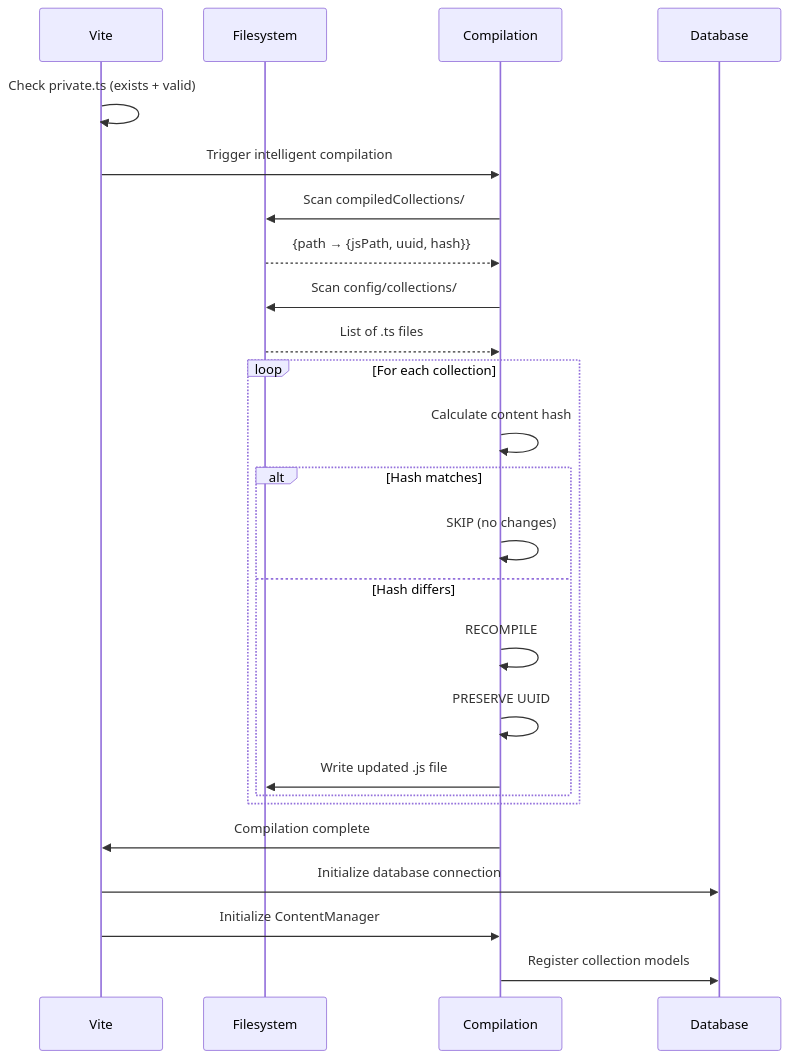
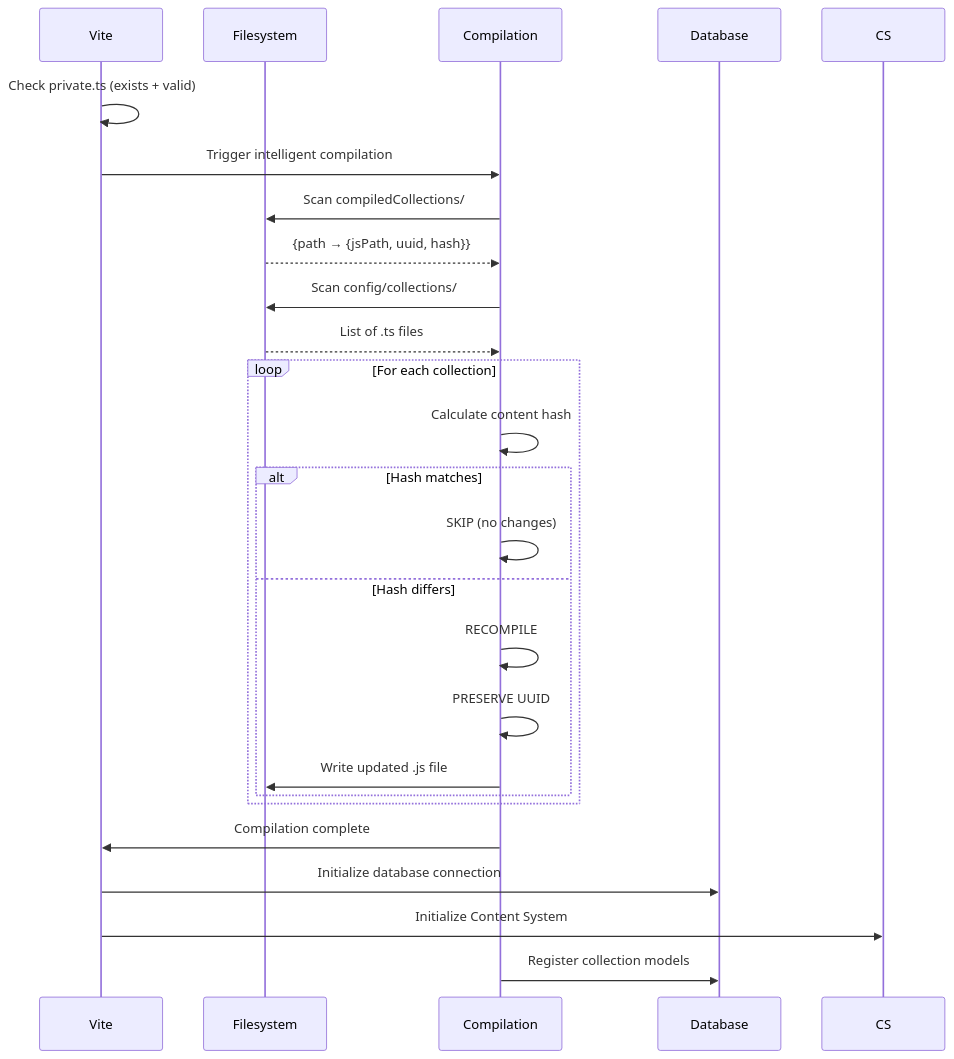
The ninth of 9 diagrams in docs/architecture/initialization-workflow.mdx (TamoorArif/SveltyCMS), drawn with Mermaid before and after one commit. The commit also changed other lines of this file and 118 other files, not shown here.

Commit message:
refactor: consolidate content management logic by replacing legacy modules with unified store and service layers and updating setup wizard architecture.

````diff
--- a/docs/architecture/initialization-workflow.mdx
+++ b/docs/architecture/initialization-workflow.mdx
@@ -1409,32 +1409,32 @@
 ```mermaid
 sequenceDiagram
     participant V as Vite
     participant FS as Filesystem
     participant CM as Compilation
     participant DB as Database
 
     V->>V: Check private.ts (exists + valid)
     V->>CM: Trigger intelligent compilation
 
     CM->>FS: Scan compiledCollections/
     FS-->>CM: {path → {jsPath, uuid, hash}}
 
     CM->>FS: Scan config/collections/
     FS-->>CM: List of .ts files
 
     loop For each collection
         CM->>CM: Calculate content hash
         alt Hash matches
             CM->>CM: SKIP (no changes)
         else Hash differs
             CM->>CM: RECOMPILE
             CM->>CM: PRESERVE UUID
             CM->>FS: Write updated .js file
         end
     end
 
     CM->>V: Compilation complete
     V->>DB: Initialize database connection
-    V->>CM: Initialize ContentManager
+    V->>CS: Initialize Content System
     CM->>DB: Register collection models
 ```
````
